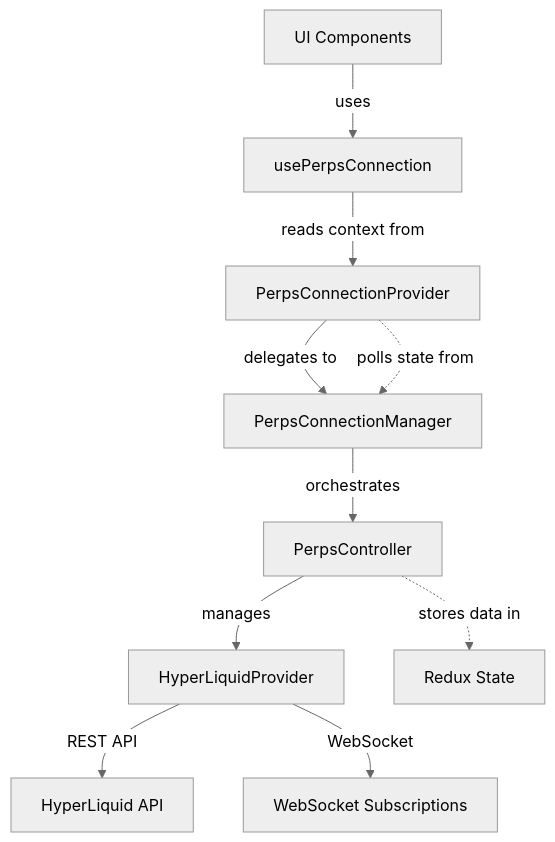
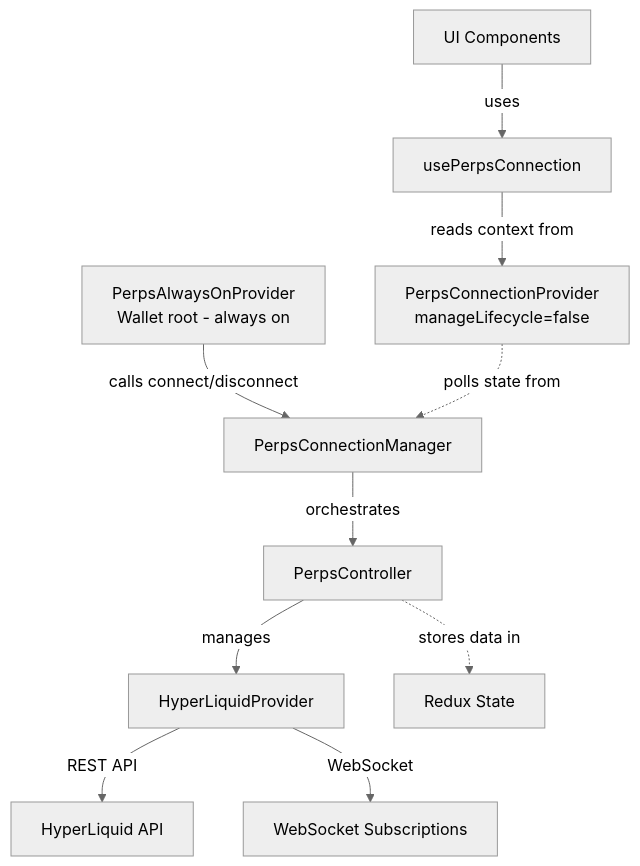
The first of 3 diagrams in docs/perps/perps-connection-architecture.md (MetaMask/metamask-mobile), drawn with Mermaid (neutral theme) before and after one commit. The commit also changed other lines of this file and 11 other files, not shown here.

First line of the commit message:
feat(perps): introduce PerpsAlwaysOnProvider for single-owner connection lifecycle

````diff
--- a/docs/perps/perps-connection-architecture.md
+++ b/docs/perps/perps-connection-architecture.md
@@ -9,13 +11,13 @@
 ```mermaid
 graph TD
+    AOProv[PerpsAlwaysOnProvider<br/>Wallet root - always on] -->|calls connect/disconnect| Manager[PerpsConnectionManager]
     UI[UI Components] -->|uses| Hook[usePerpsConnection]
-    Hook -->|reads context from| Provider[PerpsConnectionProvider]
-    Provider -->|delegates to| Manager[PerpsConnectionManager]
+    Hook -->|reads context from| Provider[PerpsConnectionProvider<br/>manageLifecycle=false]
+    Provider -.polls state from.-> Manager
     Manager -->|orchestrates| Controller[PerpsController]
     Controller -->|manages| HP[HyperLiquidProvider]
     HP -->|REST API| API[HyperLiquid API]
     HP -->|WebSocket| WS[WebSocket Subscriptions]
 
-    Provider -.polls state from.-> Manager
     Controller -.stores data in.-> Redux[Redux State]
 ```
````
